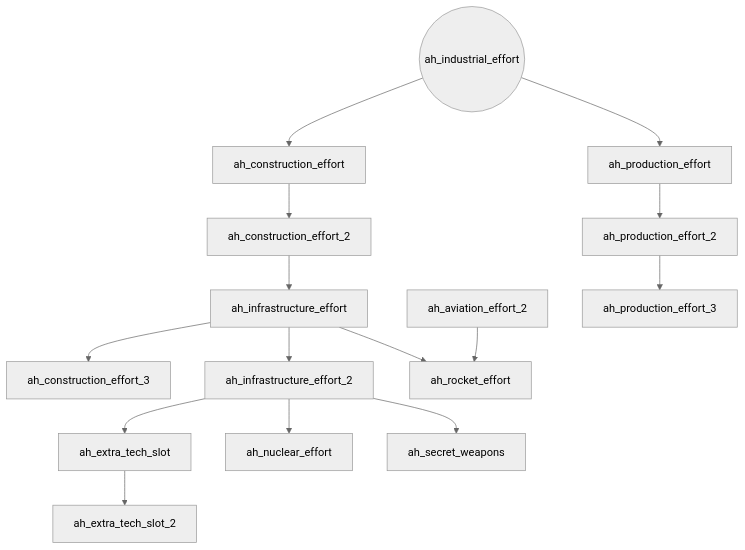
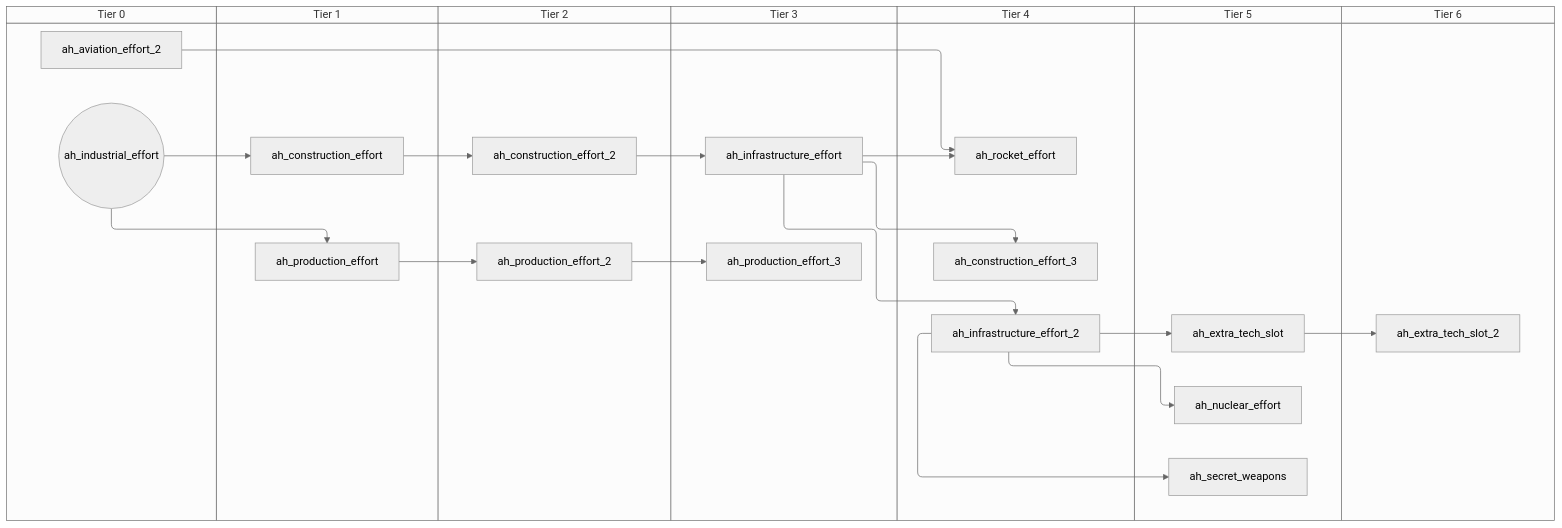
Before and after one commit to evgeny-sobol/hoi4-sandbox-mode-r56: the third of 5 diagrams in docs/gdd/National Focuses/r56/austro_hungarian_releasable_shared.md, drawn with Mermaid (neutral theme). The commit also changed other lines of this file and 423 other files, not shown here.

First line of the commit message:
Re-export Rt56 focus trees as swimlane diagrams

````diff
--- a/docs/gdd/National Focuses/r56/austro_hungarian_releasable_shared.md
+++ b/docs/gdd/National Focuses/r56/austro_hungarian_releasable_shared.md
@@ -61,32 +79,46 @@
 ```mermaid
-flowchart TD
-    n4["ah_aviation_effort_2"]
-    n20["ah_construction_effort"]
-    n21["ah_construction_effort_2"]
-    n22["ah_construction_effort_3"]
-    n23["ah_extra_tech_slot"]
-    n24["ah_extra_tech_slot_2"]
-    n25(("ah_industrial_effort"))
-    n18["ah_infrastructure_effort"]
-    n26["ah_infrastructure_effort_2"]
-    n27["ah_nuclear_effort"]
-    n28["ah_production_effort"]
-    n29["ah_production_effort_2"]
-    n30["ah_production_effort_3"]
-    n19["ah_rocket_effort"]
-    n31["ah_secret_weapons"]
-    n25 --> n20
+swimlane-beta TD
+    subgraph tier_0["Tier 0"]
+        n2["ah_aviation_effort_2"]
+        n20(("ah_industrial_effort"))
+    end
+    subgraph tier_1["Tier 1"]
+        n21["ah_construction_effort"]
+        n22["ah_production_effort"]
+    end
+    subgraph tier_2["Tier 2"]
+        n23["ah_construction_effort_2"]
+        n24["ah_production_effort_2"]
+    end
+    subgraph tier_3["Tier 3"]
+        n15["ah_infrastructure_effort"]
+        n25["ah_production_effort_3"]
+    end
+    subgraph tier_4["Tier 4"]
+        n26["ah_construction_effort_3"]
+        n27["ah_infrastructure_effort_2"]
+        n19["ah_rocket_effort"]
+    end
+    subgraph tier_5["Tier 5"]
+        n28["ah_extra_tech_slot"]
+        n29["ah_nuclear_effort"]
+        n30["ah_secret_weapons"]
+    end
+    subgraph tier_6["Tier 6"]
+        n31["ah_extra_tech_slot_2"]
+    end
     n20 --> n21
-    n18 --> n22
-    n26 --> n23
-    n23 --> n24
-    n21 --> n18
-    n18 --> n26
-    n26 --> n27
-    n25 --> n28
-    n28 --> n29
-    n29 --> n30
-    n4 --> n19
-    n18 --> n19
-    n26 --> n31
+    n21 --> n23
+    n15 --> n26
+    n27 --> n28
+    n28 --> n31
+    n23 --> n15
+    n15 --> n27
+    n27 --> n29
+    n20 --> n22
+    n22 --> n24
+    n24 --> n25
+    n2 --> n19
+    n15 --> n19
+    n27 --> n30
 ```
````
